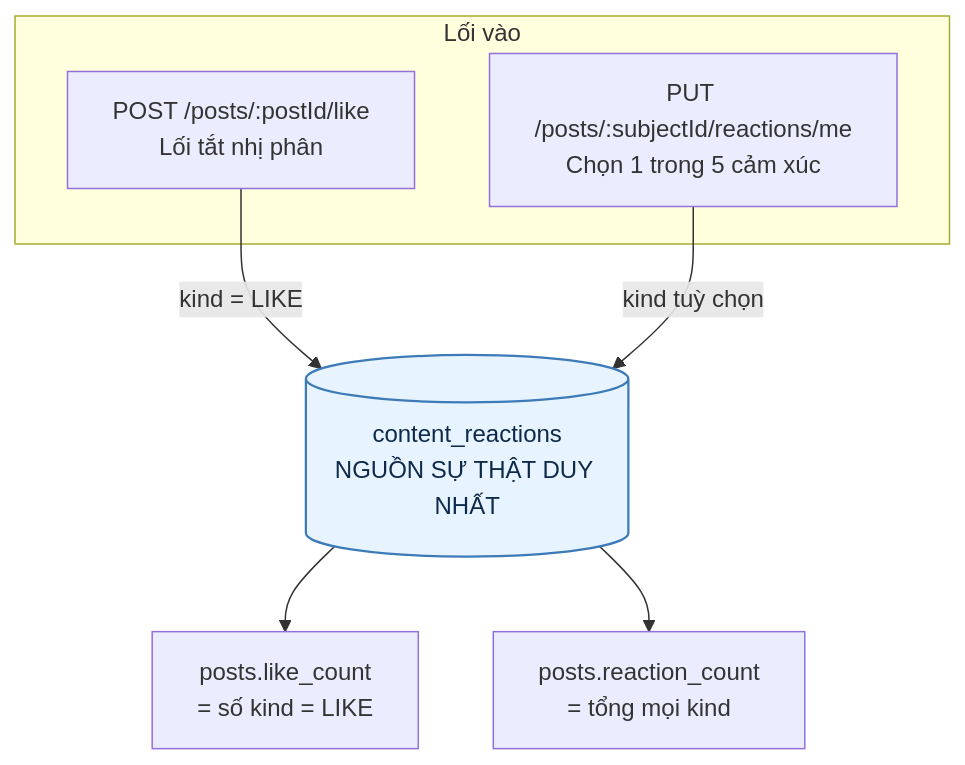
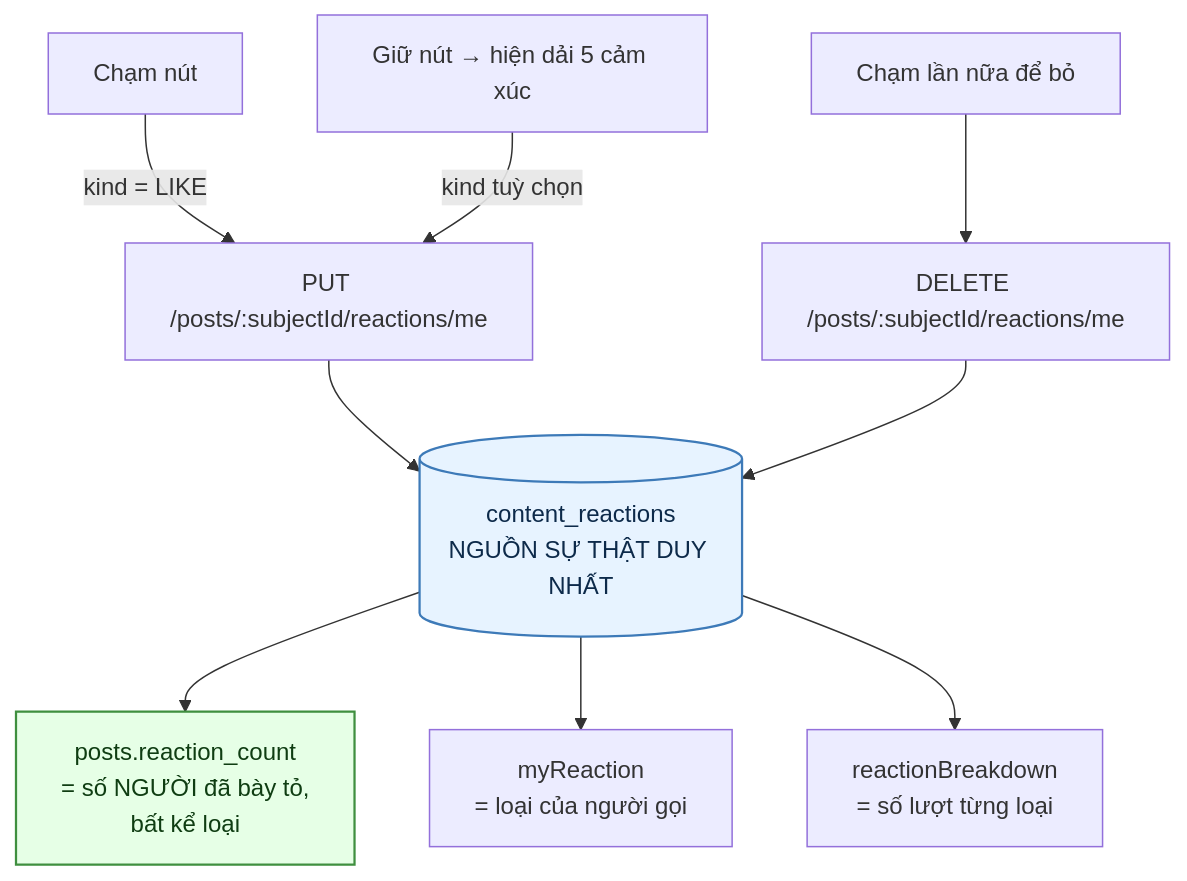
The first of 8 diagrams in docs/diagram/06-interaction.md (fdshn/trueheart), drawn with Mermaid before and after one commit. The commit also changed other lines of this file and 56 other files, not shown here.

First line of the commit message:
feat(interaction): một nút cảm xúc, bật điểm F41, đếm hàng đợi bình luận

````diff
--- a/docs/diagram/06-interaction.md
+++ b/docs/diagram/06-interaction.md
@@ -11,15 +12,16 @@
 ```mermaid
 flowchart TD
-    subgraph LoiVao["Lối vào"]
-        A["POST /posts/:postId/like<br/>Lối tắt nhị phân"]
-        B["PUT /posts/:subjectId/reactions/me<br/>Chọn 1 trong 5 cảm xúc"]
-    end
+    A["Chạm nút"] -->|kind = LIKE| P["PUT /posts/:subjectId/reactions/me"]
+    B["Giữ nút → hiện dải 5 cảm xúc"] -->|kind tuỳ chọn| P
+    C["Chạm lần nữa để bỏ"] --> D["DELETE /posts/:subjectId/reactions/me"]
 
-    A -->|kind = LIKE| T[(content_reactions<br/>NGUỒN SỰ THẬT DUY NHẤT)]
-    B -->|kind tuỳ chọn| T
+    P --> T[(content_reactions<br/>NGUỒN SỰ THẬT DUY NHẤT)]
+    D --> T
 
-    T --> C1["posts.like_count<br/>= số kind = LIKE"]
-    T --> C2["posts.reaction_count<br/>= tổng mọi kind"]
+    T --> C1["posts.reaction_count<br/>= số NGƯỜI đã bày tỏ,<br/>bất kể loại"]
+    T --> C2["myReaction<br/>= loại của người gọi"]
+    T --> C3["reactionBreakdown<br/>= số lượt từng loại"]
 
     style T fill:#e7f3ff,stroke:#3d7ab8,stroke-width:1.5px,color:#0d2a4a
+    style C1 fill:#e6ffe6,stroke:#3f8f3f,stroke-width:1.5px,color:#0f3d12
 ```
````
